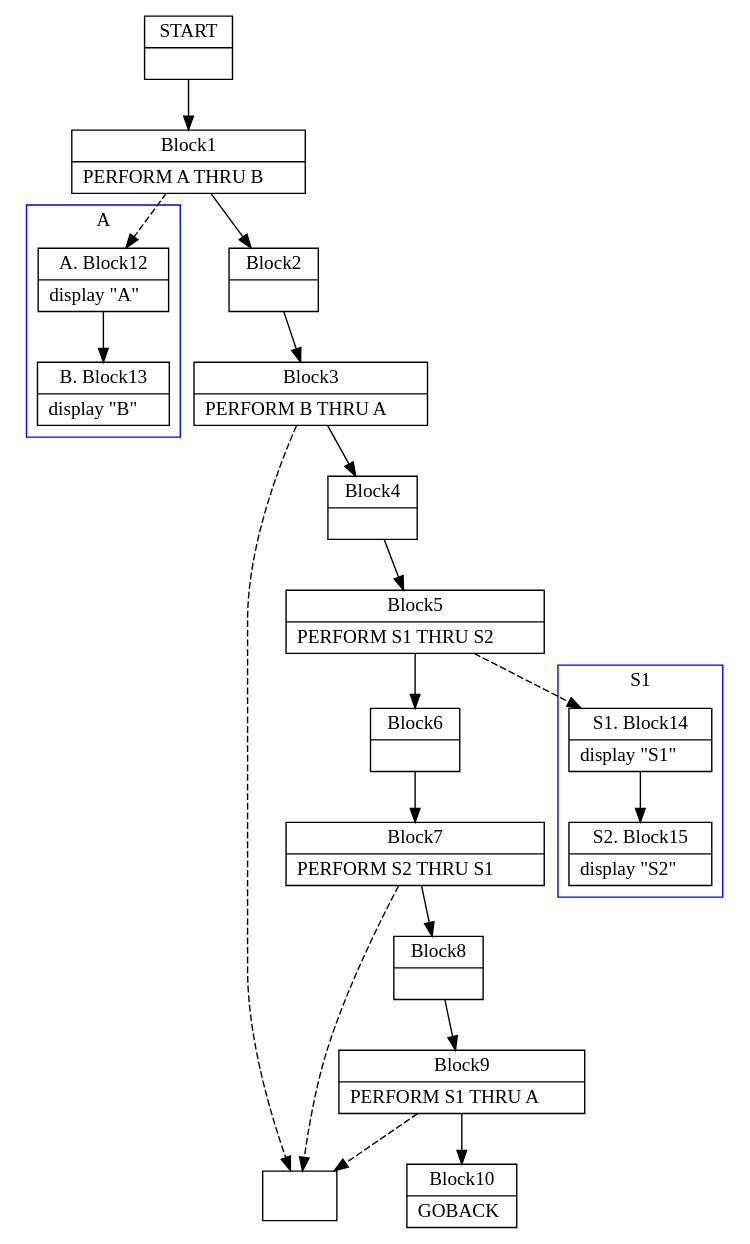
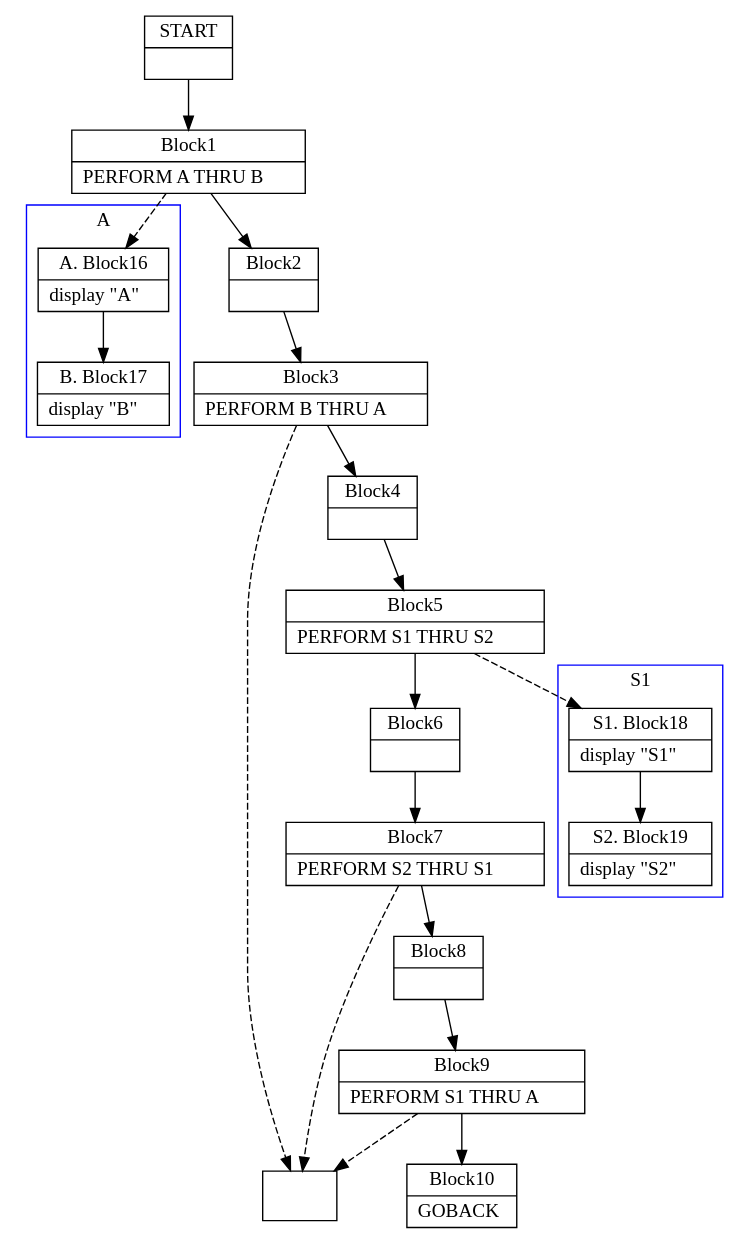
One commit to TypeCobolTeam/TypeCobol changed the diagram in TypeCobol.Analysis.Test/BasicCfgInstrs/PerformThru2.dot. Above: the diagram before and after it, drawn with Graphviz. The commit also changed 13 other files, not shown here.

```diff
--- a/TypeCobol.Analysis.Test/BasicCfgInstrs/PerformThru2.dot
+++ b/TypeCobol.Analysis.Test/BasicCfgInstrs/PerformThru2.dot
@@ -1,97 +1,97 @@
 digraph Cfg {
 compound=true;
 node [
 shape = "record"
 ]
 
 edge [
 arrowtail = "empty"
 ]
 Block0 [
 label = "{START|}"
 ]
 Block1 [
 label = "{Block1|    PERFORM A THRU B\l}"
 ]
 subgraph cluster_1{
 color = blue;
 label = "A";
-Block12 [
-label = "{A. Block12|    display \"A\"\l}"
+Block16 [
+label = "{A. Block16|    display \"A\"\l}"
 ]
-Block13 [
-label = "{B. Block13|    display \"B\"\l}"
+Block17 [
+label = "{B. Block17|    display \"B\"\l}"
 ]
-Block12 -> Block13
+Block16 -> Block17
 
 }
-Block1 -> Block12 [style=dashed]
+Block1 -> Block16 [style=dashed]
 
 Block2 [
 label = "{Block2|}"
 ]
 Block3 [
 label = "{Block3|    PERFORM B THRU A\l}"
 ]
 subgraph cluster_2{
 color = blue;
 }
 Block3 -> "" [style=dashed]
 
 Block4 [
 label = "{Block4|}"
 ]
 Block5 [
 label = "{Block5|    PERFORM S1 THRU S2\l}"
 ]
 subgraph cluster_3{
 color = blue;
 label = "S1";
-Block14 [
-label = "{S1. Block14|    display \"S1\"\l}"
+Block18 [
+label = "{S1. Block18|    display \"S1\"\l}"
 ]
-Block15 [
-label = "{S2. Block15|    display \"S2\"\l}"
+Block19 [
+label = "{S2. Block19|    display \"S2\"\l}"
 ]
-Block14 -> Block15
+Block18 -> Block19
 
 }
-Block5 -> Block14 [style=dashed]
+Block5 -> Block18 [style=dashed]
 
 Block6 [
 label = "{Block6|}"
 ]
 Block7 [
 label = "{Block7|    PERFORM S2 THRU S1\l}"
 ]
 subgraph cluster_4{
 color = blue;
 }
 Block7 -> "" [style=dashed]
 
 Block8 [
 label = "{Block8|}"
 ]
 Block9 [
 label = "{Block9|    PERFORM S1 THRU A\l}"
 ]
 subgraph cluster_5{
 color = blue;
 }
 Block9 -> "" [style=dashed]
 
 Block10 [
 label = "{Block10|    GOBACK\l}"
 ]
 Block0 -> Block1
 Block1 -> Block2
 Block2 -> Block3
 Block3 -> Block4
 Block4 -> Block5
 Block5 -> Block6
 Block6 -> Block7
 Block7 -> Block8
 Block8 -> Block9
 Block9 -> Block10
 
 }
```
